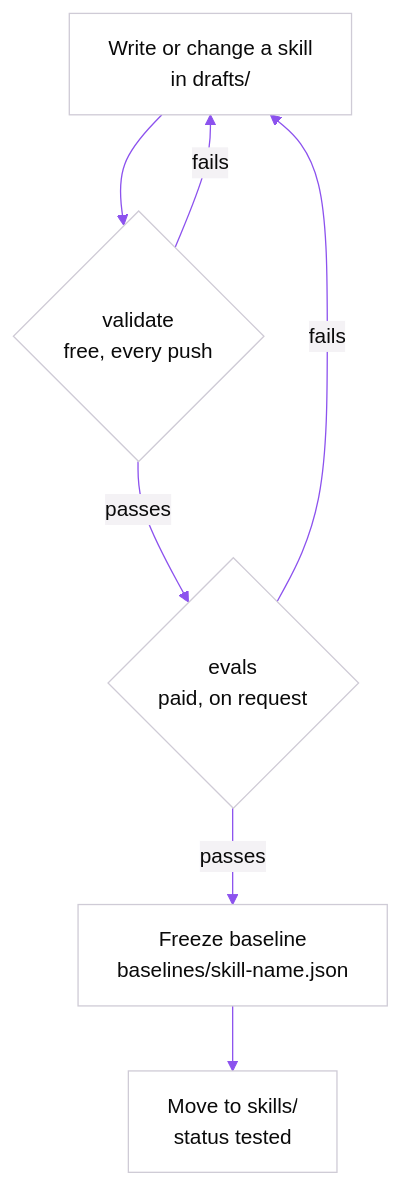
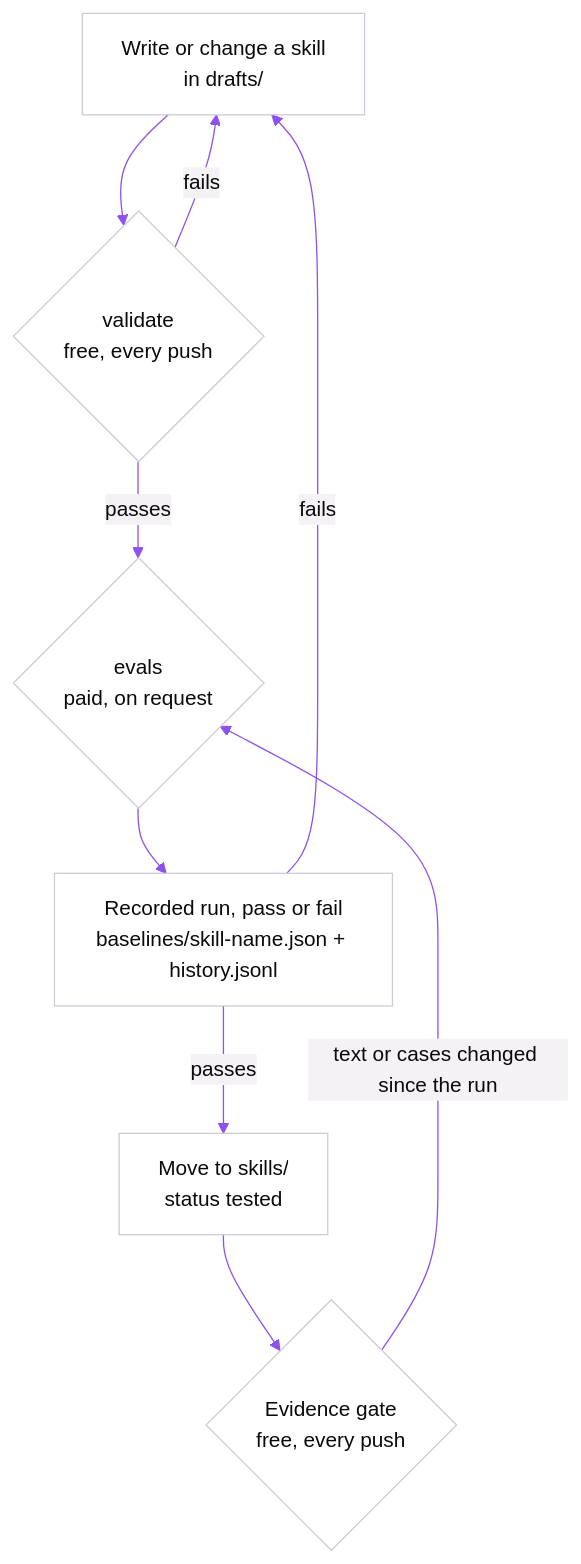
One commit to alexandre-darmon/ai-pm-skills changed the second of 6 diagrams in docs/evaluation.md. Above: the diagram before and after it, drawn with Mermaid. The commit also changed other lines of this file and 563 other files, not shown here.

First line of the commit message:
Build block, Agent Skills spec frontmatter, evidence gate; 25 skills in the catalog

````diff
--- a/docs/evaluation.md
+++ b/docs/evaluation.md
@@ -23,10 +23,12 @@
 ```mermaid
 %%{init: {'theme': 'base', 'themeVariables': {'primaryColor': '#FFFFFF', 'primaryBorderColor': '#CFCBD6', 'primaryTextColor': '#0A0A0A', 'secondaryColor': '#F4F2F5', 'tertiaryColor': '#F4F2F5', 'clusterBkg': '#F4F2F5', 'clusterBorder': '#E6E3EA', 'lineColor': '#8C52EE', 'edgeLabelBackground': '#F4F2F5'}}}%%
 flowchart TD
     A["Write or change a skill<br/>in drafts/"] --> V{"validate<br/>free, every push"}
     V -- "fails" --> A
     V -- "passes" --> E{"evals<br/>paid, on request"}
-    E -- "fails" --> A
-    E -- "passes" --> B["Freeze baseline<br/>baselines/skill-name.json"]
-    B --> P["Move to skills/<br/>status tested"]
+    E --> B["Recorded run, pass or fail<br/>baselines/skill-name.json + history.jsonl"]
+    B -- "fails" --> A
+    B -- "passes" --> P["Move to skills/<br/>status tested"]
+    P --> Q{"Evidence gate<br/>free, every push"}
+    Q -- "text or cases changed since the run" --> E
 ```
````
